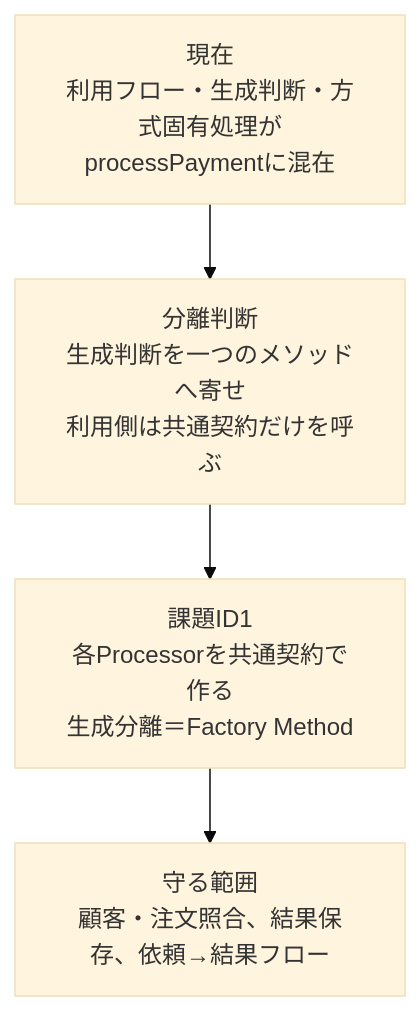
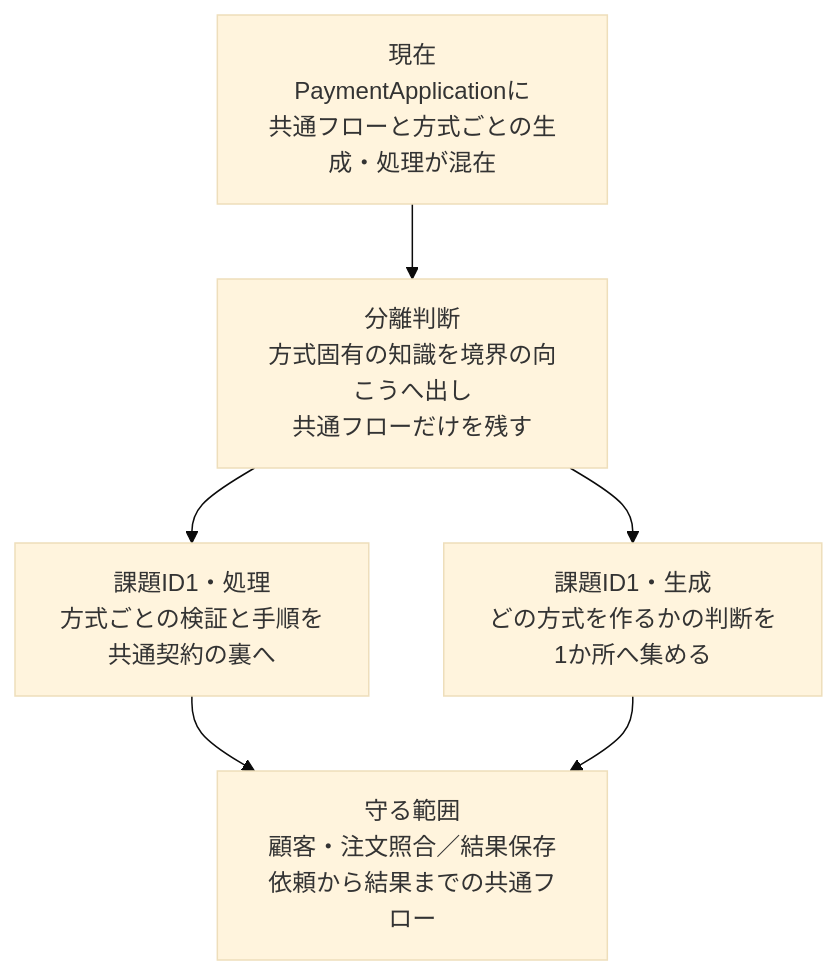
One commit to kumachan1101-pixel/DesignPattern changed the eighth of 18 diagrams in kindle/design-patterns/output/chapter08.md. Above: the diagram before and after it, drawn with Mermaid (base theme). The commit also changed other lines of this file, not shown here.

````diff
--- a/kindle/design-patterns/output/chapter08.md
+++ b/kindle/design-patterns/output/chapter08.md
@@ -2021,6 +2021,8 @@
 ```mermaid
 flowchart TB
-    A[現在<br/>利用フロー・生成判断・方式固有処理が<br/>processPaymentに混在] --> B[分離判断<br/>生成判断を一つのメソッドへ寄せ<br/>利用側は共通契約だけを呼ぶ]
-    B --> C[課題ID1<br/>各Processorを共通契約で作る<br/>生成分離＝Factory Method]
-    C --> D[守る範囲<br/>顧客・注文照合、結果保存、依頼→結果フロー]
+    A[現在<br/>PaymentApplicationに<br/>共通フローと方式ごとの生成・処理が混在] --> B[分離判断<br/>方式固有の知識を境界の向こうへ出し<br/>共通フローだけを残す]
+    B --> C[課題ID1・処理<br/>方式ごとの検証と手順を<br/>共通契約の裏へ]
+    B --> D[課題ID1・生成<br/>どの方式を作るかの判断を<br/>1か所へ集める]
+    C --> E[守る範囲<br/>顧客・注文照合／結果保存<br/>依頼から結果までの共通フロー]
+    D --> E
 ```
````
